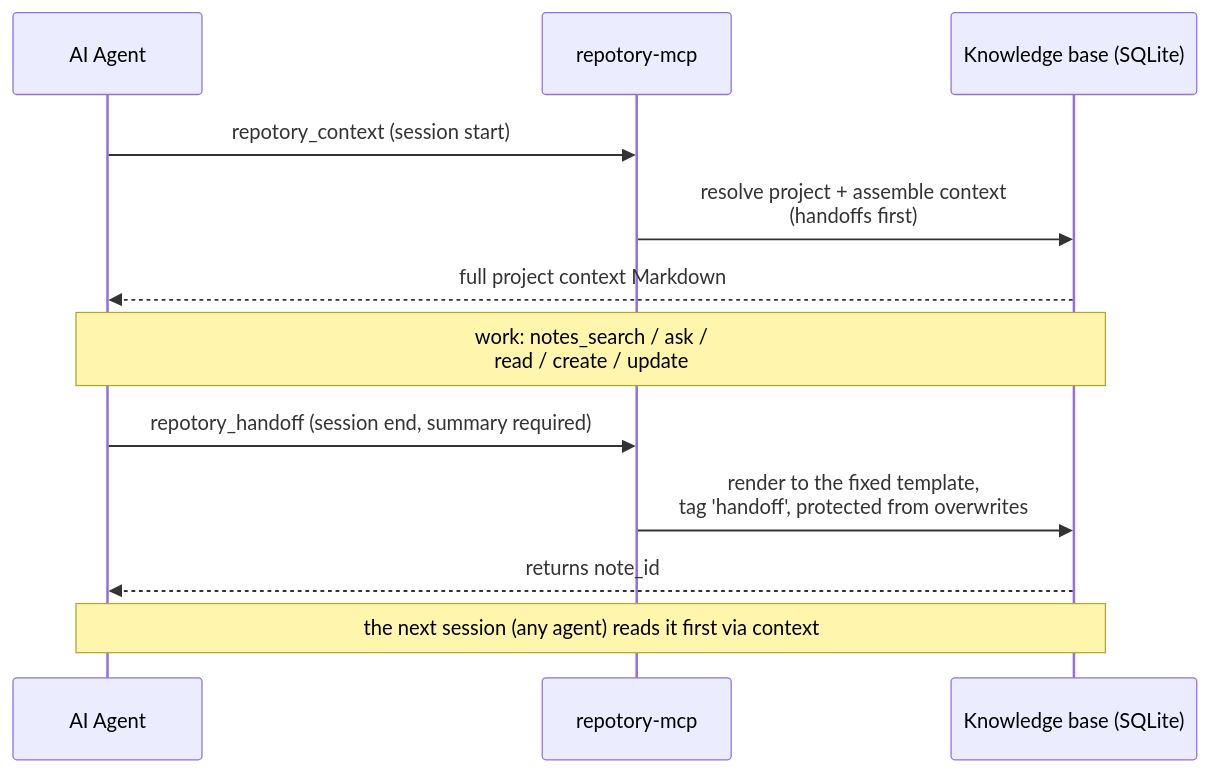
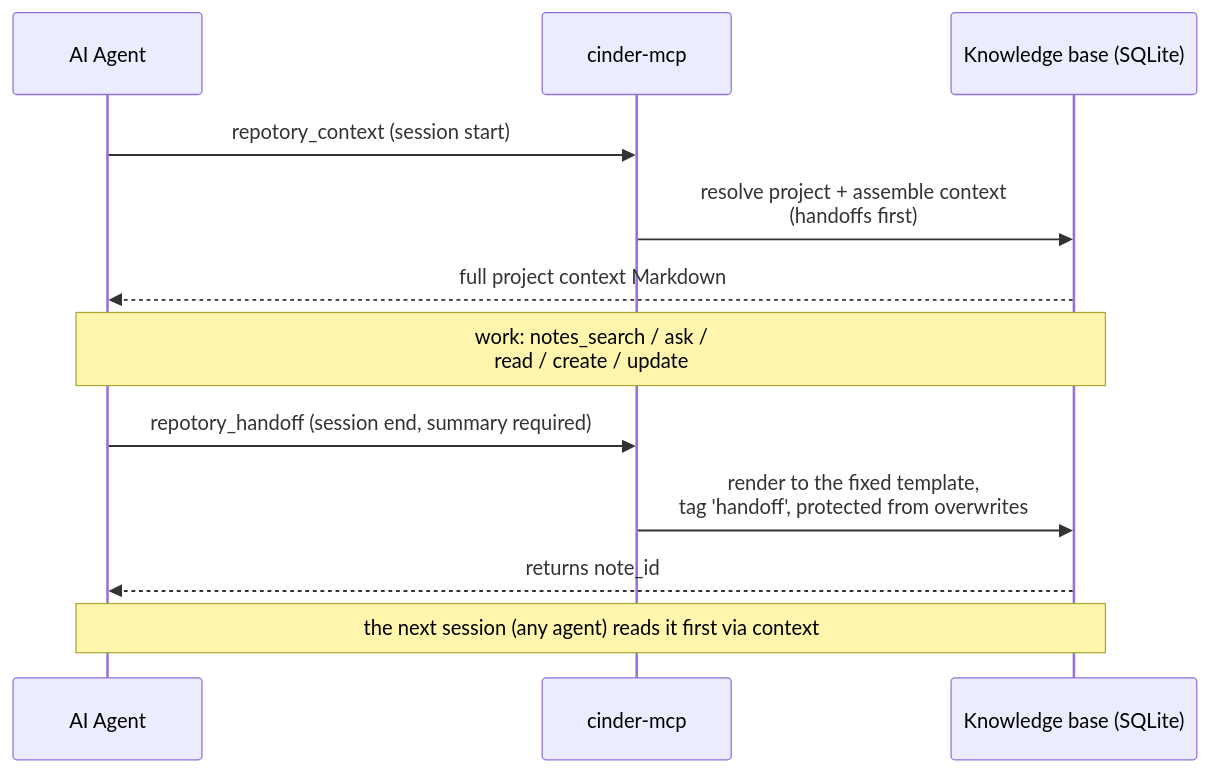
The diagram in docs/en/features/ai-integration.md (sky-jiangcheng/cinder), drawn with Mermaid before and after one commit. The commit also changed other lines of this file and 118 other files, not shown here.

````diff
--- a/docs/en/features/ai-integration.md
+++ b/docs/en/features/ai-integration.md
@@ -121,14 +121,14 @@
 ```mermaid
 sequenceDiagram
     participant A as AI Agent
-    participant R as repotory-mcp
+    participant R as cinder-mcp
     participant K as Knowledge base (SQLite)
     A->>R: repotory_context (session start)
     R->>K: resolve project + assemble context<br/>(handoffs first)
     K-->>A: full project context Markdown
     Note over A,K: work: notes_search / ask /<br/>read / create / update
     A->>R: repotory_handoff (session end, summary required)
     R->>K: render to the fixed template,<br/>tag 'handoff', protected from overwrites
     K-->>A: returns note_id
     Note over K,A: the next session (any agent) reads it first via context
 ```
````
